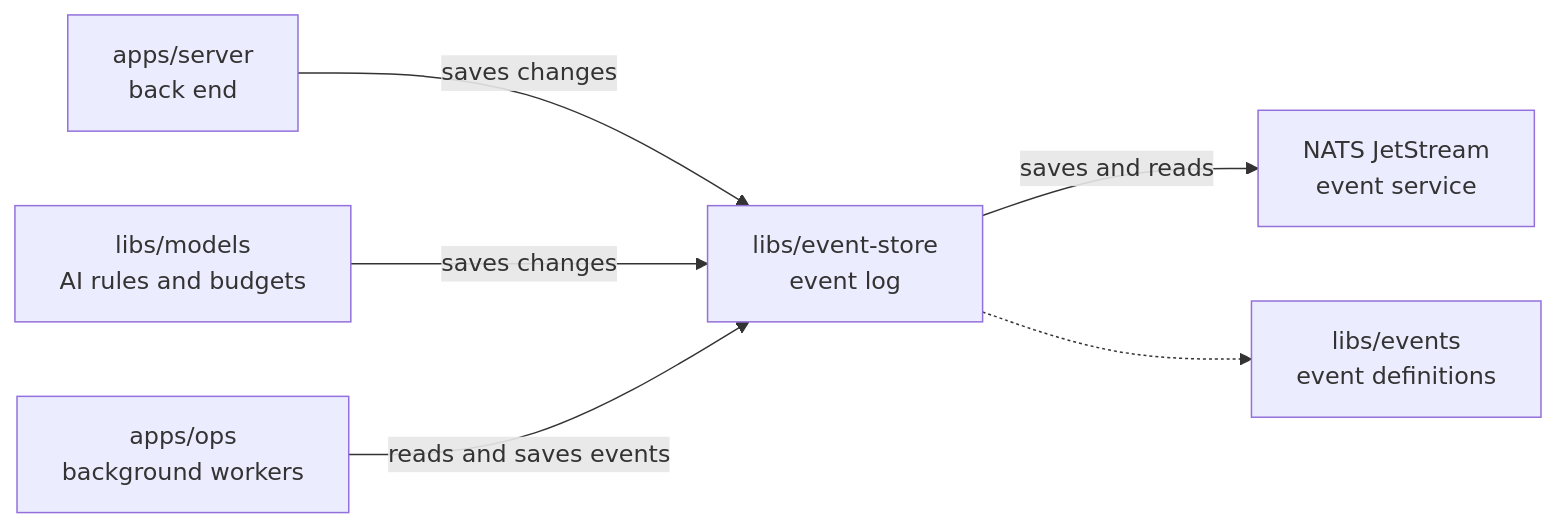
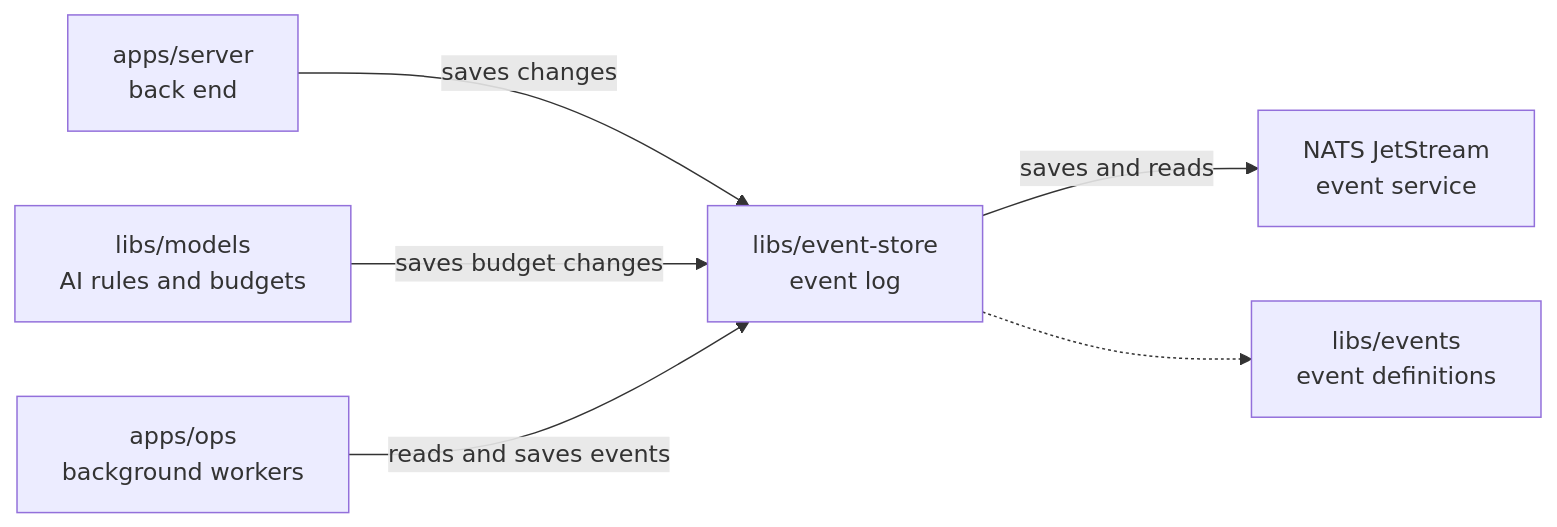
One commit to elewa-git/opencrane-new changed the diagram in libs/event-store/README.md. Above: the diagram before and after it, drawn with Mermaid. The commit also changed other lines of this file and 13 other files, not shown here.

````diff
--- a/libs/event-store/README.md
+++ b/libs/event-store/README.md
@@ -22,8 +22,8 @@
 ```mermaid
 flowchart LR
   server["apps/server<br/>back end"] -->|saves changes| store["libs/event-store<br/>event log"]
-  models["libs/models<br/>AI rules and budgets"] -->|saves changes| store
+  models["libs/models<br/>AI rules and budgets"] -->|saves budget changes| store
   ops["apps/ops<br/>background workers"] -->|reads and saves events| store
   store -->|saves and reads| nats["NATS JetStream<br/>event service"]
   store -.-> events["libs/events<br/>event definitions"]
 ```
````
